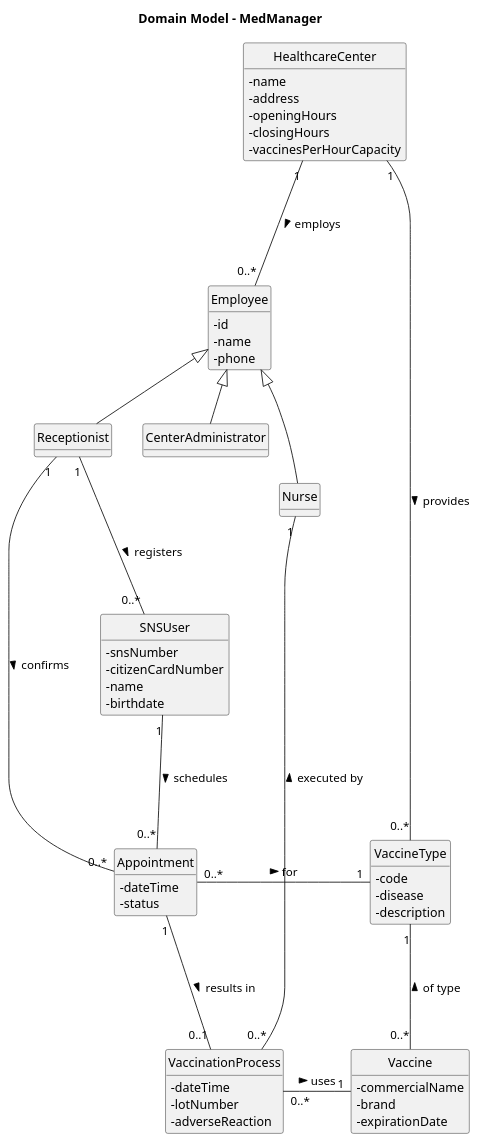
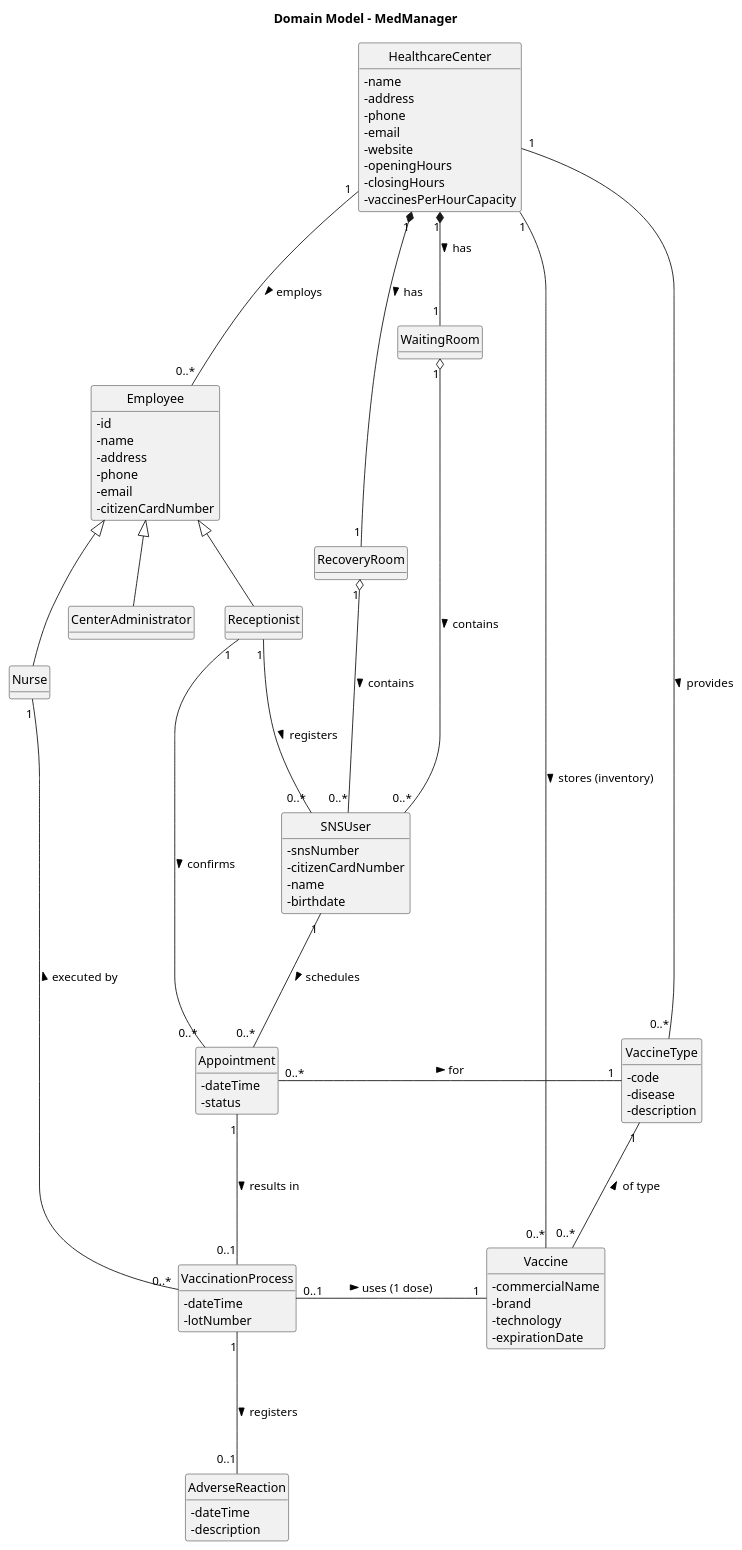
One commit to Andre-1240567/fsoft2026_1DD_1 changed the diagram in Documentation/global-artifacts/puml/DM.puml. Above: the diagram before and after it, drawn with PlantUML. The commit also changed 20 other files, not shown here.

```diff
--- a/Documentation/global-artifacts/puml/DM.puml
+++ b/Documentation/global-artifacts/puml/DM.puml
@@ -1,78 +1,107 @@
-@startuml DM
+@startuml DM_Simplified_With_Reaction
 title Domain Model - MedManager
 skinparam classAttributeIconSize 0
 hide circle
 hide methods
 top to bottom direction
 
 class Employee {
     - id
     - name
+    - address
     - phone
+    - email
+    - citizenCardNumber
 }
 
 class CenterAdministrator extends Employee {
 }
 
 class Nurse extends Employee {
 }
 
 class Receptionist extends Employee {
 }
 
 class HealthcareCenter {
     - name
     - address
+    - phone
+    - email
+    - website
     - openingHours
     - closingHours
     - vaccinesPerHourCapacity
+}
+
+class WaitingRoom {
+}
+
+class RecoveryRoom {
 }
 
 class SNSUser {
     - snsNumber
     - citizenCardNumber
     - name
     - birthdate
 }
 
 class Appointment {
     - dateTime
     - status
 }
 
+class AdverseReaction {
+    - dateTime
+    - description
+}
+
 class VaccinationProcess {
     - dateTime
     - lotNumber
-    - adverseReaction
 }
 
 class Vaccine {
     - commercialName
     - brand
+    - technology
     - expirationDate
 }
 
 class VaccineType {
     - code
     - disease
     - description
 }
 
+' --- RELATIONS ---
 
+HealthcareCenter "1" *-- "1" WaitingRoom : has >
+HealthcareCenter "1" *-- "1" RecoveryRoom : has >
 HealthcareCenter "1" -down-- "0..*" Employee : employs >
 HealthcareCenter "1" -right-- "0..*" VaccineType : provides >
+HealthcareCenter "1" -down-- "0..*" Vaccine : stores (inventory) >
+
+
+WaitingRoom "1" o-- "0..*" SNSUser : contains >
+RecoveryRoom "1" o-- "0..*" SNSUser : contains >
 
 
 Receptionist "1" -down-- "0..*" SNSUser: registers >
 Receptionist "1" -down-- "0..*" Appointment : confirms >
 
+
 SNSUser "1" -down-- "0..*" Appointment : schedules >
 Appointment "0..*" -right-- "1" VaccineType : for >
 
+
 Appointment "1" -down-- "0..1" VaccinationProcess : results in >
 VaccinationProcess "0..*" -left-- "1" Nurse : executed by >
-VaccinationProcess "0..*" -right-- "1" Vaccine : uses >
+VaccinationProcess "0..1" -right-- "1" Vaccine : uses (1 dose) >
+VaccinationProcess "1" -down-- "0..1" AdverseReaction : registers >
+
 
 Vaccine "0..*" -up-- "1" VaccineType : of type >
 
 @enduml
```
